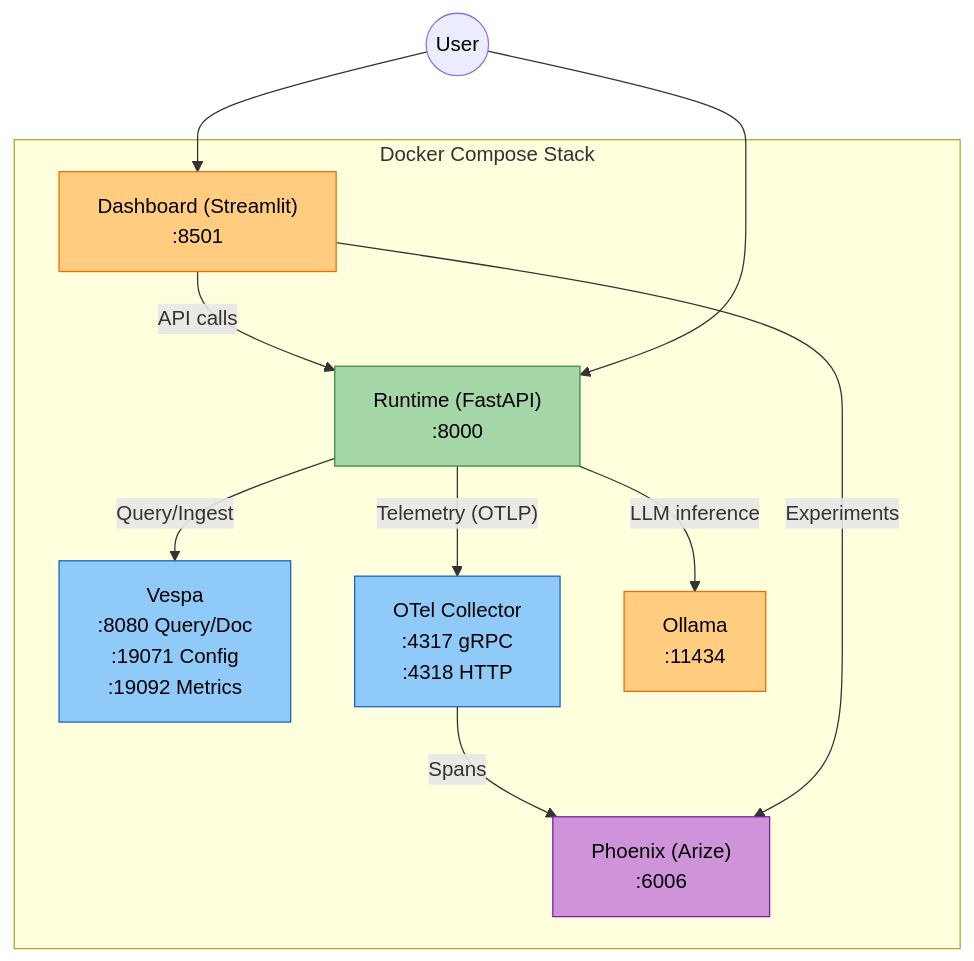
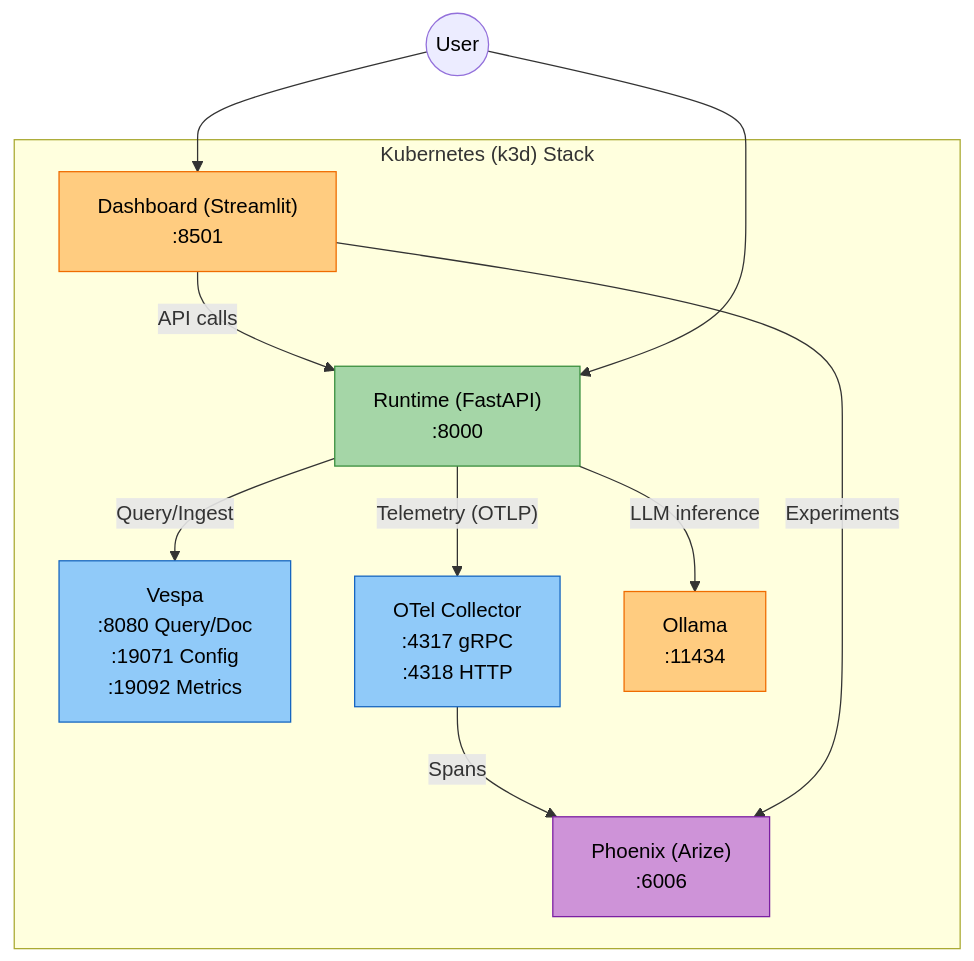
The first of 6 diagrams in docs/setup/live-demo-guide.md (amit-jain/cogniverse), drawn with Mermaid before and after one commit. The commit also changed other lines of this file and 15 other files, not shown here.

````diff
--- a/docs/setup/live-demo-guide.md
+++ b/docs/setup/live-demo-guide.md
@@ -39,28 +39,28 @@
 ```mermaid
 graph TB
-    subgraph "Docker Compose Stack"
+    subgraph "Kubernetes (k3d) Stack"
         VESPA["<span style='color:#000'>Vespa<br/>:8080 Query/Doc<br/>:19071 Config<br/>:19092 Metrics</span>"]
         RUNTIME["<span style='color:#000'>Runtime (FastAPI)<br/>:8000</span>"]
         DASHBOARD["<span style='color:#000'>Dashboard (Streamlit)<br/>:8501</span>"]
         PHOENIX["<span style='color:#000'>Phoenix (Arize)<br/>:6006</span>"]
         OTEL["<span style='color:#000'>OTel Collector<br/>:4317 gRPC<br/>:4318 HTTP</span>"]
         OLLAMA["<span style='color:#000'>Ollama<br/>:11434</span>"]
     end
 
     RUNTIME -->|"Query/Ingest"| VESPA
     RUNTIME -->|"Telemetry (OTLP)"| OTEL
     OTEL -->|"Spans"| PHOENIX
     DASHBOARD -->|"API calls"| RUNTIME
     DASHBOARD -->|"Experiments"| PHOENIX
     RUNTIME -->|"LLM inference"| OLLAMA
 
     USER(("<span style='color:#000'>User</span>")) --> DASHBOARD
     USER --> RUNTIME
 
     style VESPA fill:#90caf9,stroke:#1565c0,color:#000
     style RUNTIME fill:#a5d6a7,stroke:#388e3c,color:#000
     style DASHBOARD fill:#ffcc80,stroke:#ef6c00,color:#000
     style PHOENIX fill:#ce93d8,stroke:#7b1fa2,color:#000
     style OTEL fill:#90caf9,stroke:#1565c0,color:#000
     style OLLAMA fill:#ffcc80,stroke:#ef6c00,color:#000
 ```
````
